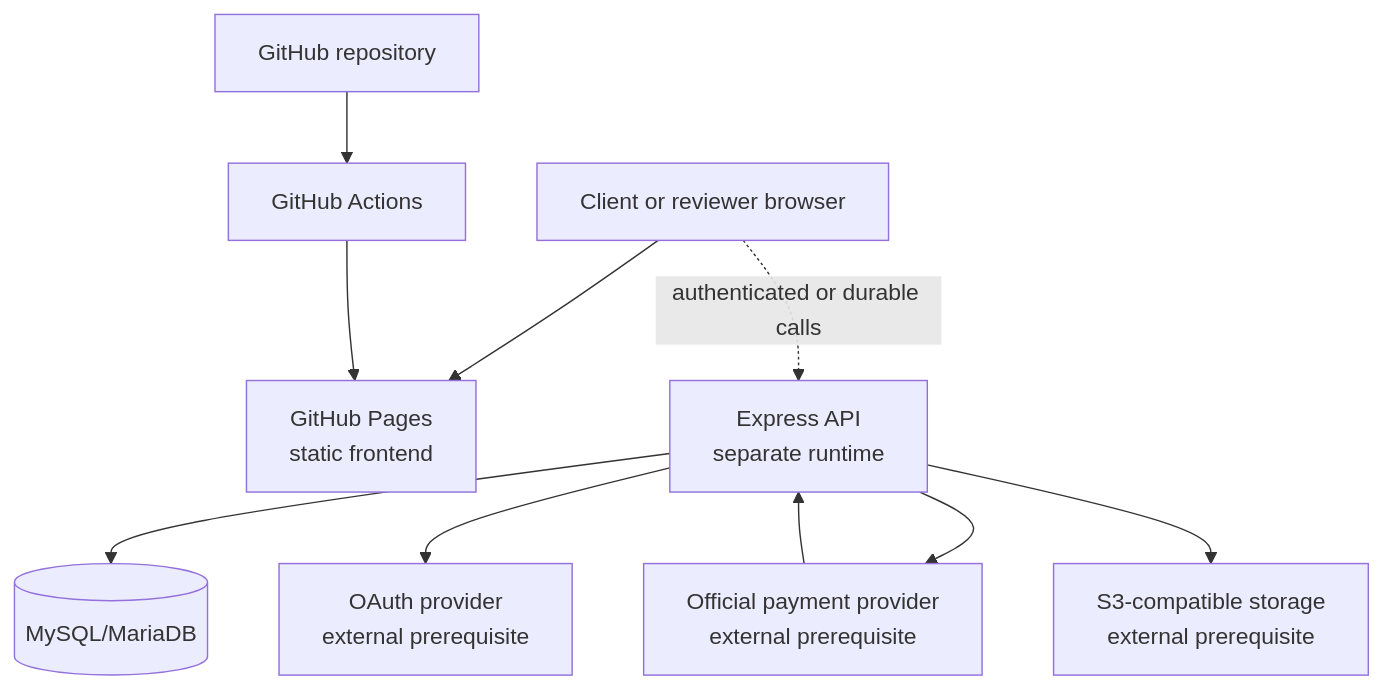
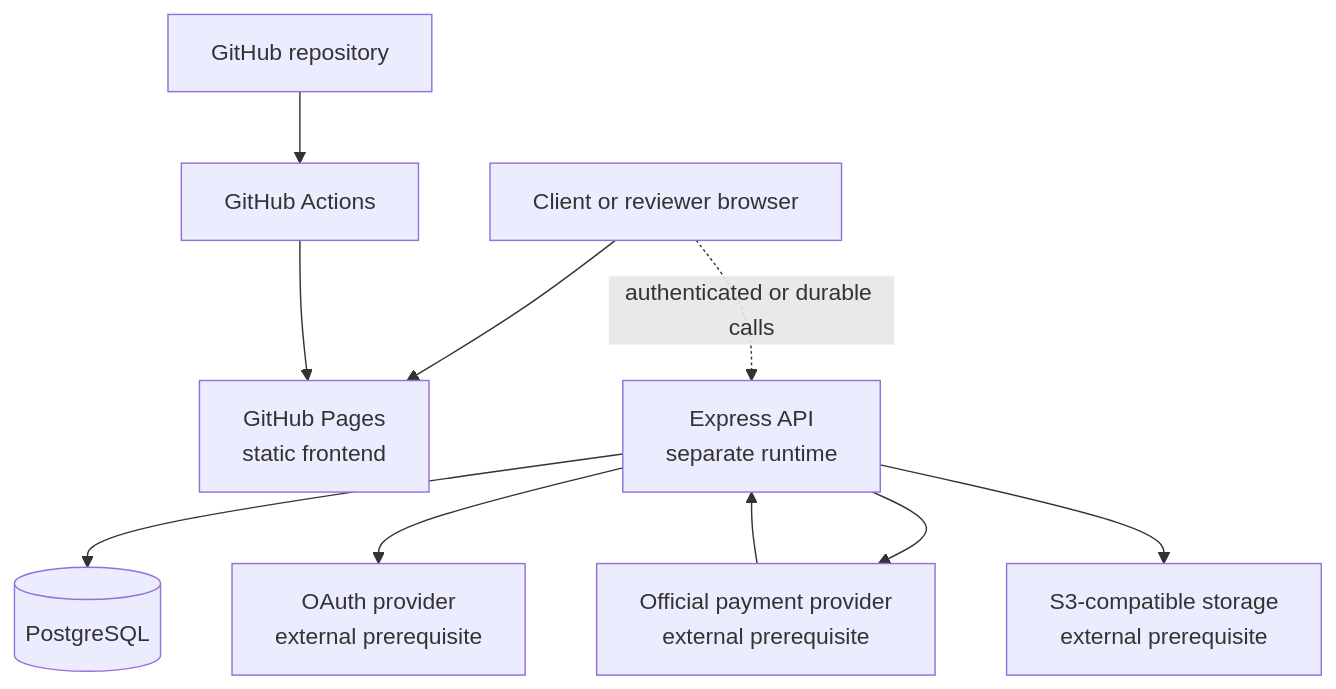
Before and after one commit to Usamabhanbhro/e-commerce: the first of 2 diagrams in docs/architecture.md, drawn with Mermaid. The commit also changed other lines of this file and 32 other files, not shown here.

Commit message:
feat: migrate relational persistence from MySQL to PostgreSQL

````diff
--- a/docs/architecture.md
+++ b/docs/architecture.md
@@ -16,22 +16,22 @@
 ```mermaid
 flowchart TB
   User[Client or reviewer browser]
   Pages[GitHub Pages\nstatic frontend]
   API[Express API\nseparate runtime]
-  DB[(MySQL/MariaDB)]
+  DB[(PostgreSQL)]
   OAuth[OAuth provider\nexternal prerequisite]
   Provider[Official payment provider\nexternal prerequisite]
   Storage[S3-compatible storage\nexternal prerequisite]
   Actions[GitHub Actions]
   GitHub[GitHub repository]
 
   User --> Pages
   User -. authenticated or durable calls .-> API
   API --> DB
   API --> OAuth
   API --> Provider
   API --> Storage
   Provider --> API
   GitHub --> Actions
   Actions --> Pages
 ```
````
